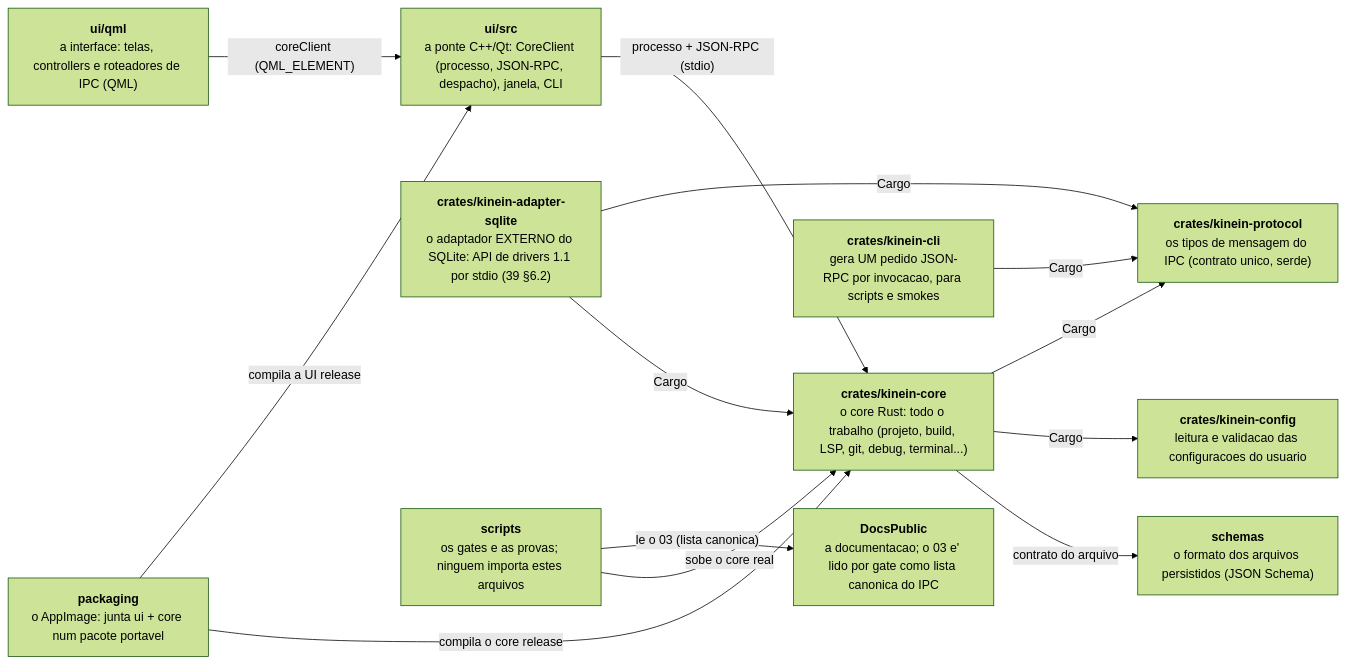
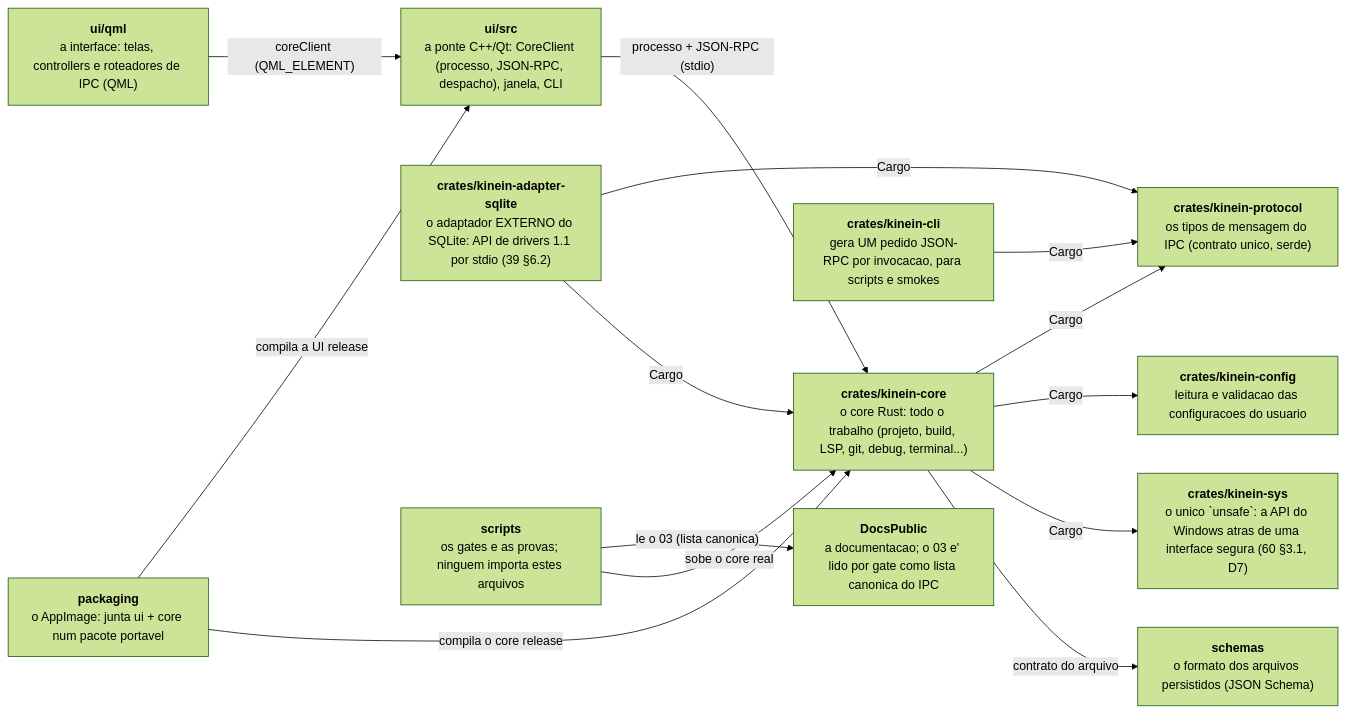
The first of 16 diagrams in DocsPublic/arquitetura/01-mapa-de-modulos.md (ViktorWalde/KineinVectis), drawn with Mermaid (forest theme) before and after one commit. The commit also changed other lines of this file and 23 other files, not shown here.

````diff
--- a/DocsPublic/arquitetura/01-mapa-de-modulos.md
+++ b/DocsPublic/arquitetura/01-mapa-de-modulos.md
@@ -21,26 +21,28 @@
 ```mermaid
 flowchart LR
   n_ui_qml["<b>ui/qml</b><br/>a interface: telas, controllers e roteadores de IPC (QML)"]
   n_ui_src["<b>ui/src</b><br/>a ponte C++/Qt: CoreClient (processo, JSON-RPC, despacho), janela, CLI"]
   n_crates_kinein_core["<b>crates/kinein-core</b><br/>o core Rust: todo o trabalho (projeto, build, LSP, git, debug, terminal...)"]
   n_crates_kinein_protocol["<b>crates/kinein-protocol</b><br/>os tipos de mensagem do IPC (contrato unico, serde)"]
   n_crates_kinein_config["<b>crates/kinein-config</b><br/>leitura e validacao das configuracoes do usuario"]
   n_crates_kinein_cli["<b>crates/kinein-cli</b><br/>gera UM pedido JSON-RPC por invocacao, para scripts e smokes"]
   n_crates_kinein_adapter_sqlite["<b>crates/kinein-adapter-sqlite</b><br/>o adaptador EXTERNO do SQLite: API de drivers 1.1 por stdio (39 §6.2)"]
+  n_crates_kinein_sys["<b>crates/kinein-sys</b><br/>o unico `unsafe`: a API do Windows atras de uma interface segura (60 §3.1, D7)"]
   n_schemas["<b>schemas</b><br/>o formato dos arquivos persistidos (JSON Schema)"]
   n_scripts["<b>scripts</b><br/>os gates e as provas; ninguem importa estes arquivos"]
   n_packaging["<b>packaging</b><br/>o AppImage: junta ui + core num pacote portavel"]
   n_DocsPublic["<b>DocsPublic</b><br/>a documentacao; o 03 e' lido por gate como lista canonica do IPC"]
   n_ui_qml -->|"coreClient (QML_ELEMENT)"| n_ui_src
   n_ui_src -->|"processo + JSON-RPC (stdio)"| n_crates_kinein_core
   n_crates_kinein_core -->|"Cargo"| n_crates_kinein_protocol
   n_crates_kinein_core -->|"Cargo"| n_crates_kinein_config
   n_crates_kinein_cli -->|"Cargo"| n_crates_kinein_protocol
   n_crates_kinein_adapter_sqlite -->|"Cargo"| n_crates_kinein_protocol
   n_crates_kinein_adapter_sqlite -->|"Cargo"| n_crates_kinein_core
+  n_crates_kinein_core -->|"Cargo"| n_crates_kinein_sys
   n_crates_kinein_core -->|"contrato do arquivo"| n_schemas
   n_scripts -->|"le o 03 (lista canonica)"| n_DocsPublic
   n_scripts -->|"sobe o core real"| n_crates_kinein_core
   n_packaging -->|"compila a UI release"| n_ui_src
   n_packaging -->|"compila o core release"| n_crates_kinein_core
 ```
````
